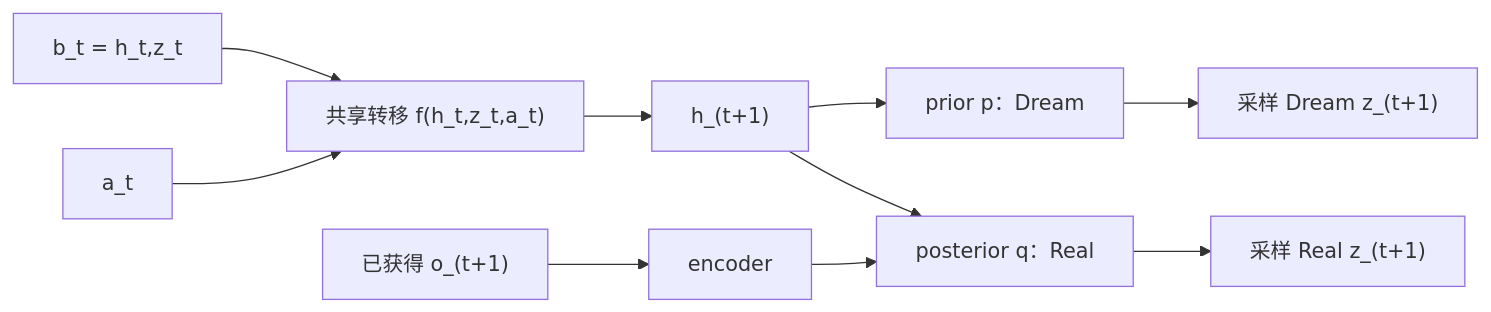
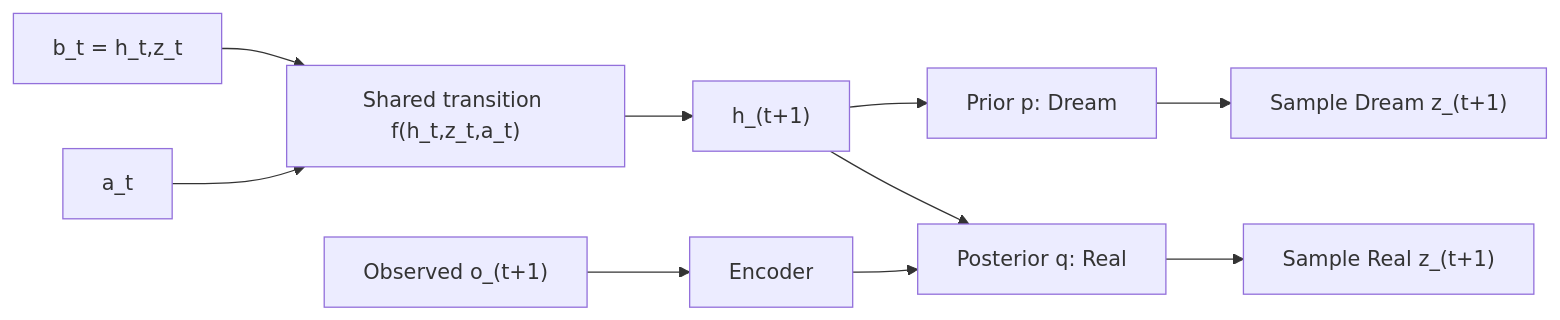
One commit to iceezhu306-lgtm/HelixWM-for-world-model changed the first of 3 diagrams in docs/DESIGN.md. Above: the diagram before and after it, drawn with Mermaid. The commit also changed other lines of this file and 2 other files, not shown here.

Commit message:
docs: translate all repository documentation and diagrams into English

````diff
--- a/docs/DESIGN.md
+++ b/docs/DESIGN.md
@@ -30,11 +30,11 @@
 ```mermaid
 flowchart LR
-    S["b_t = h_t,z_t"] --> F["共享转移 f(h_t,z_t,a_t)"]
+    S["b_t = h_t,z_t"] --> F["Shared transition f(h_t,z_t,a_t)"]
     A["a_t"] --> F
     F --> H["h_(t+1)"]
-    H --> P["prior p：Dream"]
-    H --> Q["posterior q：Real"]
-    O["已获得 o_(t+1)"] --> E["encoder"] --> Q
-    P --> ZD["采样 Dream z_(t+1)"]
-    Q --> ZR["采样 Real z_(t+1)"]
+    H --> P["Prior p: Dream"]
+    H --> Q["Posterior q: Real"]
+    O["Observed o_(t+1)"] --> E["Encoder"] --> Q
+    P --> ZD["Sample Dream z_(t+1)"]
+    Q --> ZR["Sample Real z_(t+1)"]
 ```
````
